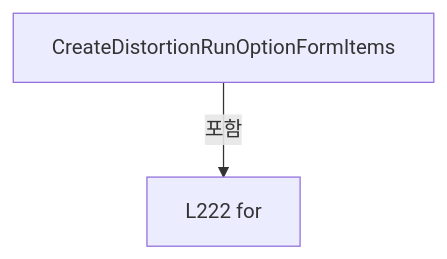
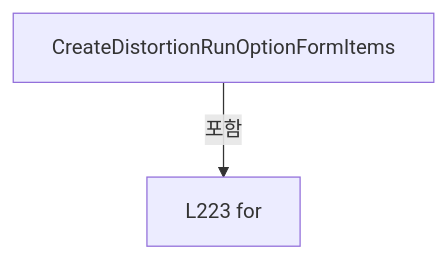
One commit to kjuws10-rgb/Shared changed the fourth of 17 diagrams in A3 LD Code Ref/files/Drilling.File/JHMI/CSettingFile.cs.md. Above: the diagram before and after it, drawn with Mermaid. The commit also changed other lines of this file and 1984 other files, not shown here.

Commit message:
docs(a3): update 11.17.0 architecture and complete code reference

````diff
--- a/A3 LD Code Ref/files/Drilling.File/JHMI/CSettingFile.cs.md
+++ b/A3 LD Code Ref/files/Drilling.File/JHMI/CSettingFile.cs.md
@@ -1074,6 +1079,6 @@
 ```mermaid
 flowchart TD
  M["CreateDistortionRunOptionFormItems"]
- N0["L222 for"]
+ N0["L223 for"]
  M -->|포함| N0
 ```
````
